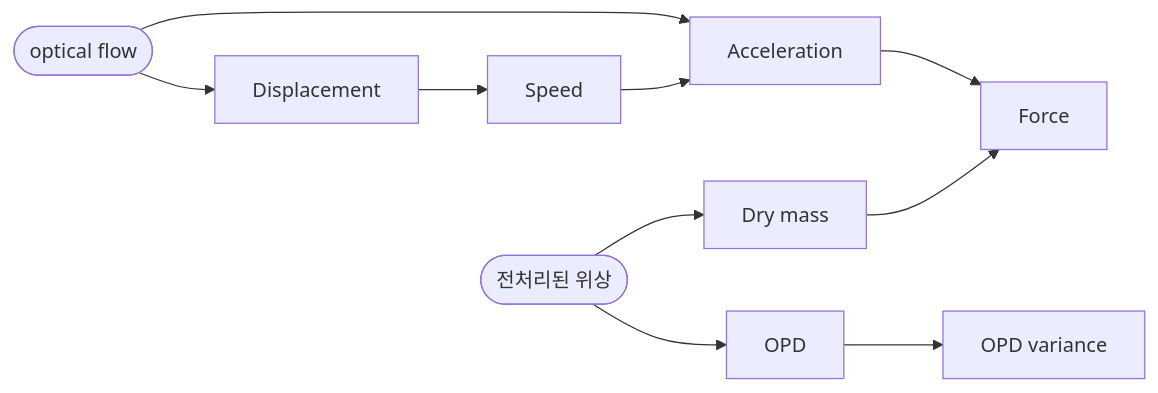
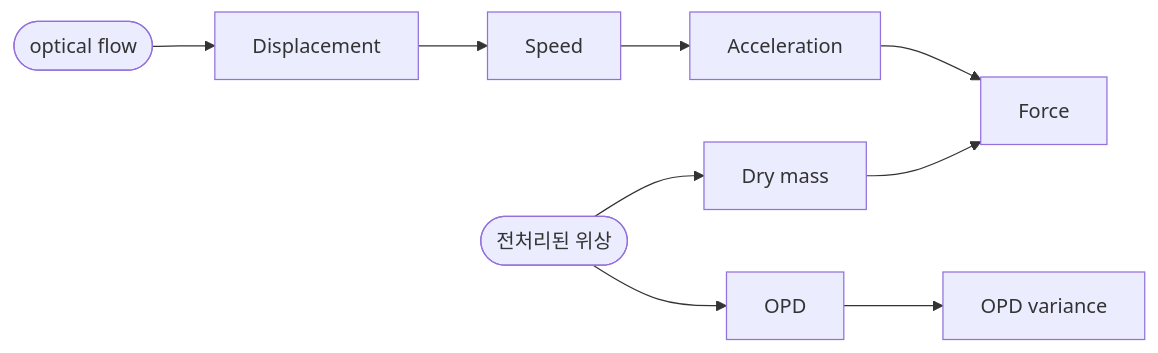
The second of 2 diagrams in TODO.md (iivs-lab/cardiomyocytes), drawn with Mermaid before and after one commit. The commit also changed other lines of this file and 3 other files, not shown here.

````diff
--- a/TODO.md
+++ b/TODO.md
@@ -83,12 +83,11 @@
 ```mermaid
 flowchart LR
   phase(["전처리된 위상"]) --> opd["OPD"]
   phase --> dm["Dry mass"]
   opd --> ov["OPD variance"]
   flow(["optical flow"]) --> disp["Displacement"]
-  flow --> ac["Acceleration"]
   disp --> sp["Speed"]
-  sp --> ac
+  sp --> ac["Acceleration"]
   ac --> fo["Force"]
   dm --> fo
 ```
````
